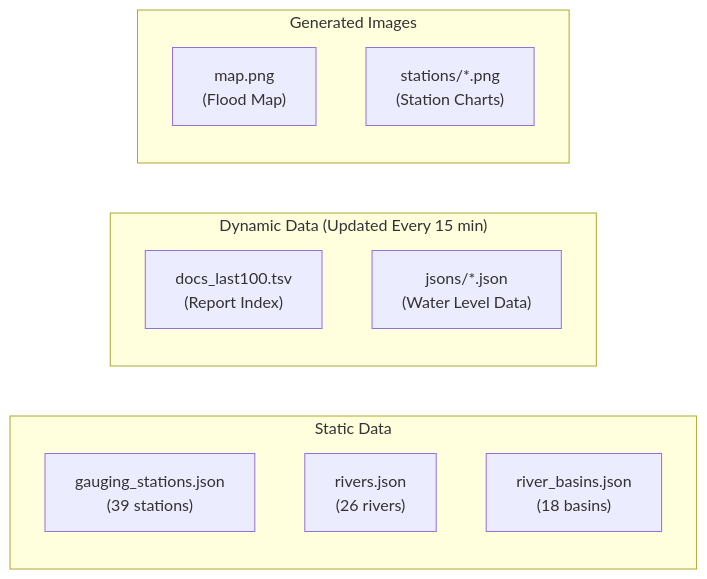
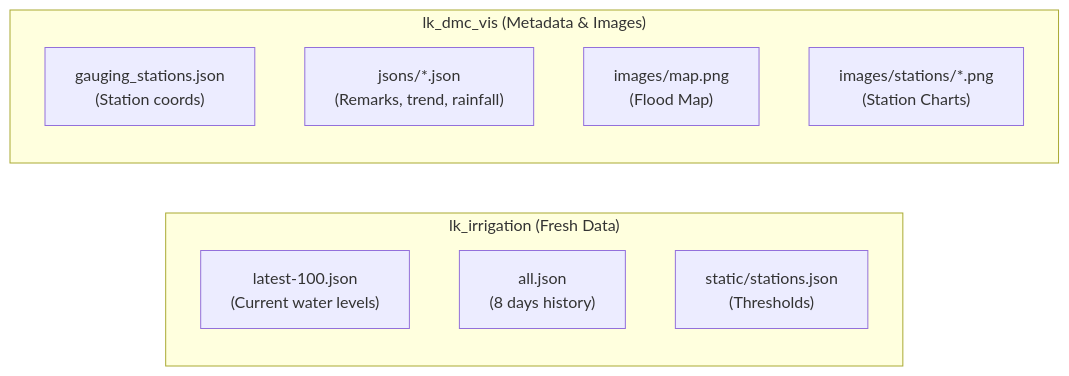
Before and after one commit to yrangana/lk_flood_api: the second of 6 diagrams in ARCHITECTURE.md, drawn with Mermaid. The commit also changed other lines of this file and 4 other files, not shown here.

First line of the commit message:
Add lk_irrigation integration for fresher water levels and Chart.js charts

````diff
--- a/ARCHITECTURE.md
+++ b/ARCHITECTURE.md
@@ -55,25 +61,22 @@
 ```mermaid
 flowchart LR
-    subgraph Static["Static Data"]
-        GS["gauging_stations.json
-        (39 stations)"]
-        RV["rivers.json
-        (26 rivers)"]
-        RB["river_basins.json
-        (18 basins)"]
+    subgraph Irrigation["lk_irrigation (Fresh Data)"]
+        LATEST["latest-100.json
+        (Current water levels)"]
+        ALL["all.json
+        (8 days history)"]
+        STATIC_IRR["static/stations.json
+        (Thresholds)"]
     end
 
-    subgraph Dynamic["Dynamic Data (Updated Every 15 min)"]
-        IDX["docs_last100.tsv
-        (Report Index)"]
+    subgraph DMC["lk_dmc_vis (Metadata & Images)"]
+        GS["gauging_stations.json
+        (Station coords)"]
         JSON["jsons/*.json
-        (Water Level Data)"]
-    end
-
-    subgraph Images["Generated Images"]
-        MAP["map.png
+        (Remarks, trend, rainfall)"]
+        MAP["images/map.png
         (Flood Map)"]
-        CHARTS["stations/*.png
+        CHARTS["images/stations/*.png
         (Station Charts)"]
     end
 ```
````
